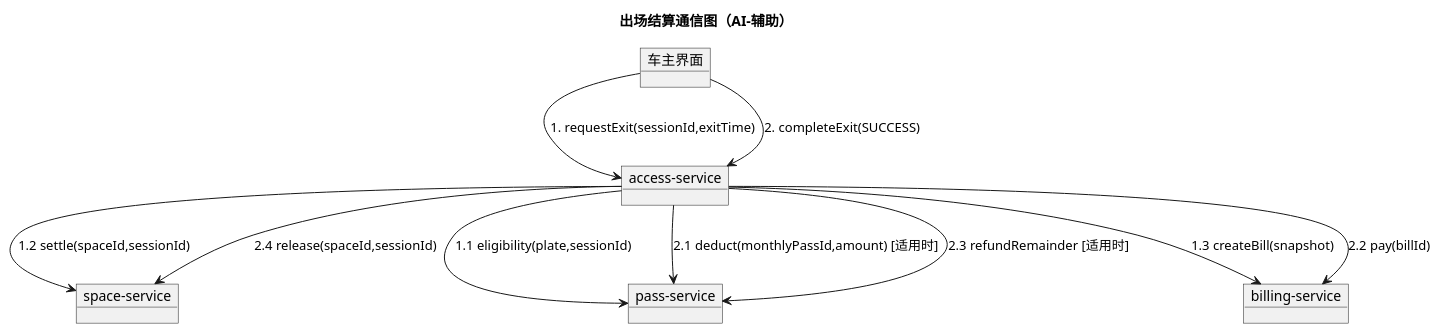
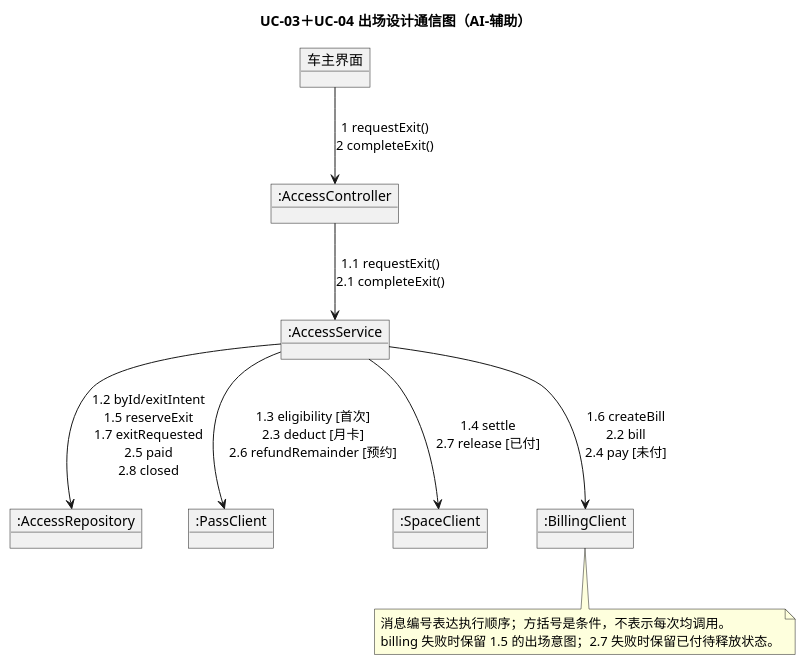
One commit to Gindama713/UMLWORK changed the diagram in models/14-communication.puml. Above: the diagram before and after it, drawn with PlantUML. The commit also changed 39 other files, not shown here.

Commit message:
refine UML notation and report figure layout

```diff
--- a/models/14-communication.puml
+++ b/models/14-communication.puml
@@ -1,17 +1,20 @@
 @startuml
-title 出场结算通信图（AI-辅助）
+title UC-03＋UC-04 出场设计通信图（AI-辅助）
 object "车主界面" as ui
-object "access-service" as access
-object "space-service" as space
-object "pass-service" as pass
-object "billing-service" as billing
-ui --> access : 1. requestExit(sessionId,exitTime)
-access --> pass : 1.1 eligibility(plate,sessionId)
-access --> space : 1.2 settle(spaceId,sessionId)
-access --> billing : 1.3 createBill(snapshot)
-ui --> access : 2. completeExit(SUCCESS)
-access --> pass : 2.1 deduct(monthlyPassId,amount) [适用时]
-access --> billing : 2.2 pay(billId)
-access --> pass : 2.3 refundRemainder [适用时]
-access --> space : 2.4 release(spaceId,sessionId)
+object ":AccessController" as controller
+object ":AccessService" as access
+object ":AccessRepository" as repo
+object ":PassClient" as pass
+object ":SpaceClient" as space
+object ":BillingClient" as billing
+ui --> controller : 1 requestExit()\n2 completeExit()
+controller --> access : 1.1 requestExit()\n2.1 completeExit()
+access --> repo : 1.2 byId/exitIntent\n1.5 reserveExit\n1.7 exitRequested\n2.5 paid\n2.8 closed
+access --> pass : 1.3 eligibility [首次]\n2.3 deduct [月卡]\n2.6 refundRemainder [预约]
+access --> space : 1.4 settle\n2.7 release [已付]
+access --> billing : 1.6 createBill\n2.2 bill\n2.4 pay [未付]
+note bottom
+  消息编号表达执行顺序；方括号是条件，不表示每次均调用。
+  billing 失败时保留 1.5 的出场意图；2.7 失败时保留已付待释放状态。
+end note
 @enduml
```
